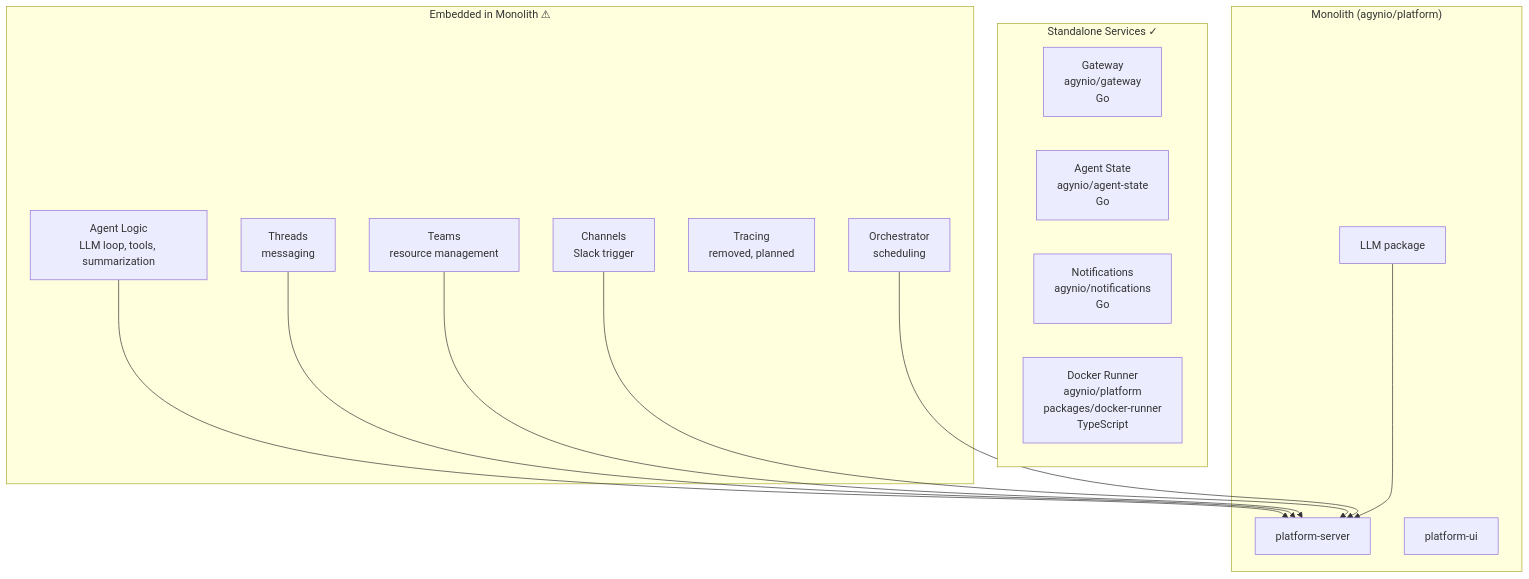
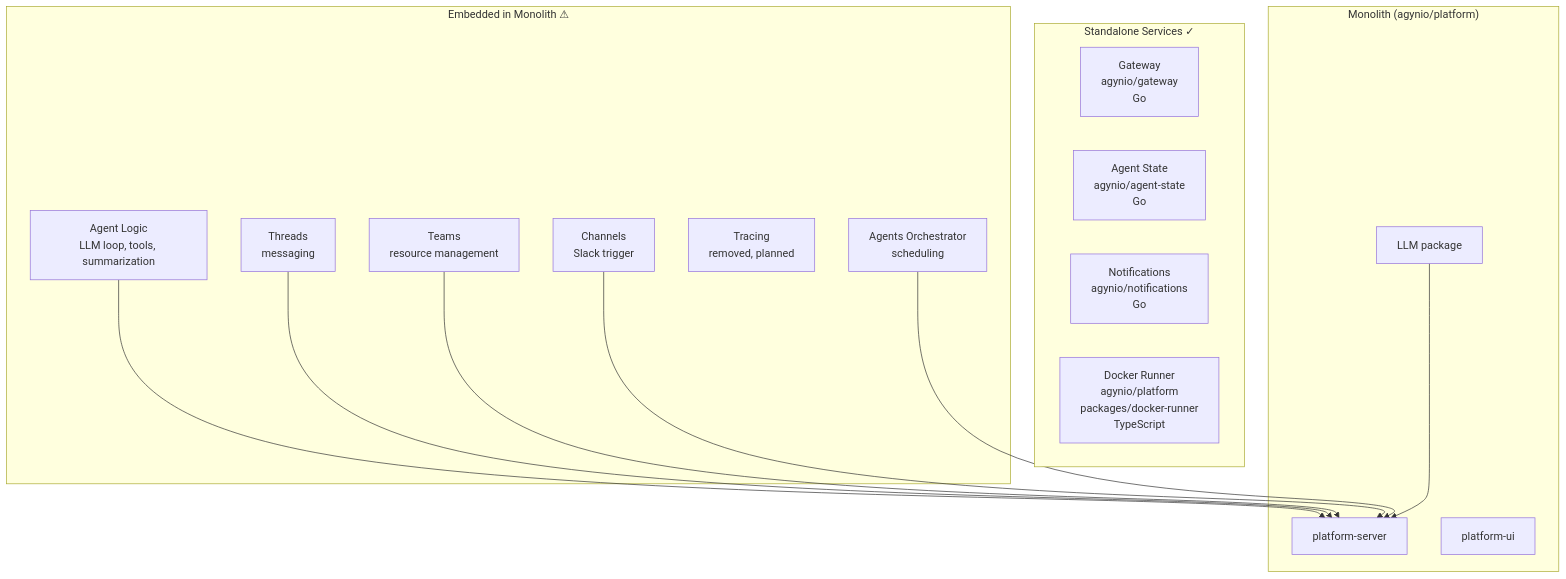
Before and after one commit to agynio/architecture: the diagram in gaps/current-state.md, drawn with Mermaid. The commit also changed other lines of this file and 11 other files, not shown here.

````diff
--- a/gaps/current-state.md
+++ b/gaps/current-state.md
@@ -7,27 +7,27 @@
 ```mermaid
 graph TB
     subgraph "Standalone Services ✓"
         GW[Gateway<br/>agynio/gateway<br/>Go]
         AS[Agent State<br/>agynio/agent-state<br/>Go]
         NT[Notifications<br/>agynio/notifications<br/>Go]
         DR[Docker Runner<br/>agynio/platform<br/>packages/docker-runner<br/>TypeScript]
     end
 
     subgraph "Embedded in Monolith ⚠"
         AG[Agent Logic<br/>LLM loop, tools, summarization]
         TH[Threads<br/>messaging]
         TM[Teams<br/>resource management]
         CH[Channels<br/>Slack trigger]
         TR[Tracing<br/>removed, planned]
-        AO[Orchestrator<br/>scheduling]
+        AO[Agents Orchestrator<br/>scheduling]
     end
 
     subgraph "Monolith (agynio/platform)"
         PS[platform-server]
         UI[platform-ui]
         LLM[LLM package]
     end
 
     AG & TH & TM & CH & AO --> PS
     LLM --> PS
 ```
````
